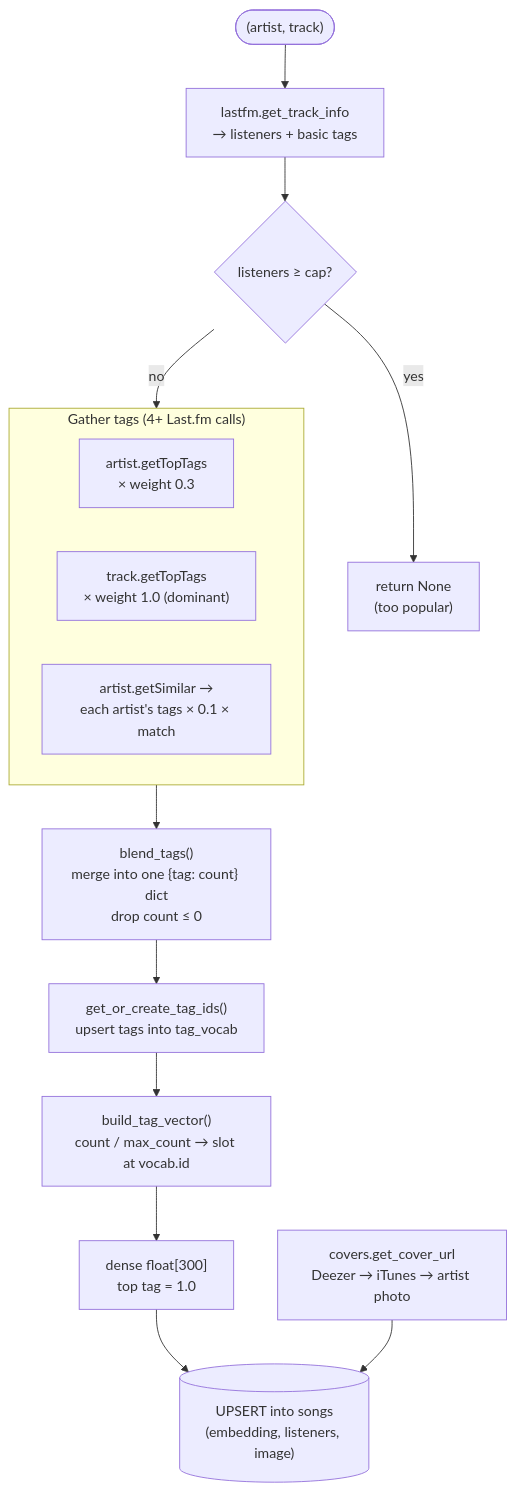
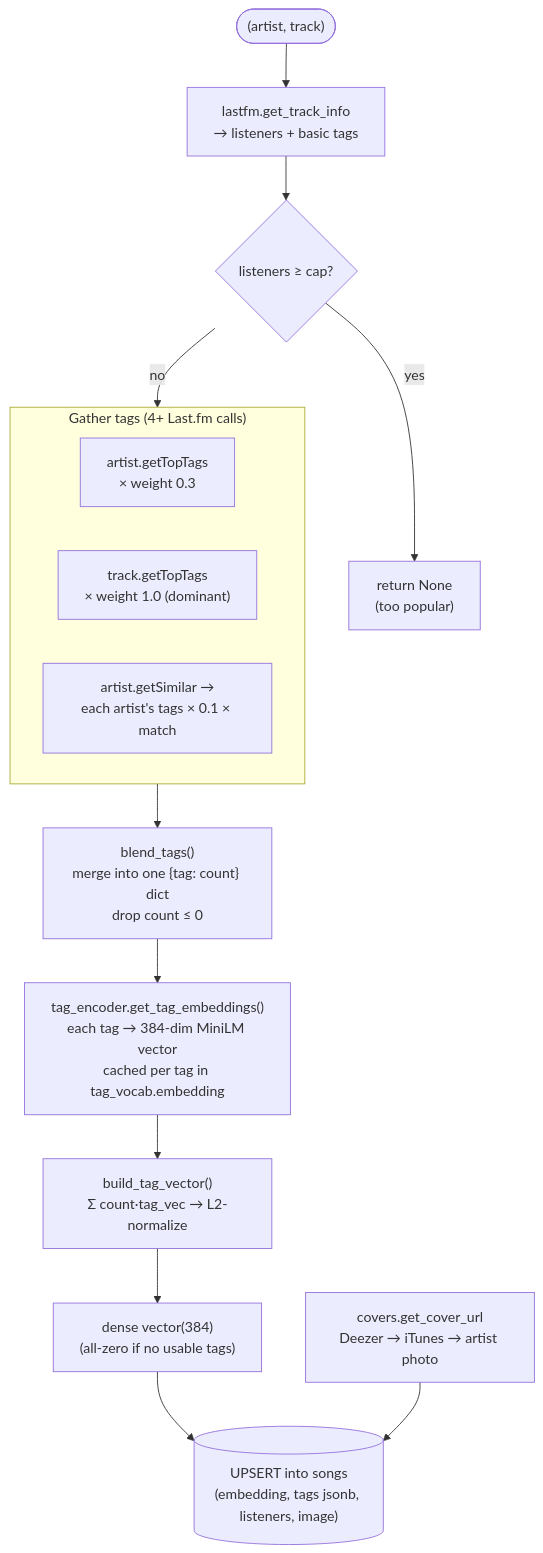
Before and after one commit to pedro-boudoux/pyo: the third of 13 diagrams in ARCHITECTURE.md, drawn with Mermaid. The commit also changed other lines of this file and 2 other files, not shown here.

````diff
--- a/ARCHITECTURE.md
+++ b/ARCHITECTURE.md
@@ -147,20 +168,20 @@
 ```mermaid
 flowchart TD
     start(["(artist, track)"]) --> info["lastfm.get_track_info<br/>→ listeners + basic tags"]
     info --> cap{"listeners ≥ cap?"}
     cap -->|yes| drop["return None<br/>(too popular)"]
     cap -->|no| tags
 
     subgraph tags["Gather tags (4+ Last.fm calls)"]
         a["artist.getTopTags<br/>× weight 0.3"]
         t["track.getTopTags<br/>× weight 1.0 (dominant)"]
         sim["artist.getSimilar →<br/>each artist's tags × 0.1 × match"]
     end
 
     tags --> blend["blend_tags()<br/>merge into one {tag: count} dict<br/>drop count ≤ 0"]
-    blend --> vocab["get_or_create_tag_ids()<br/>upsert tags into tag_vocab"]
-    vocab --> build["build_tag_vector()<br/>count / max_count → slot at vocab.id"]
-    build --> norm["dense float[300]<br/>top tag = 1.0"]
-    norm --> store[("UPSERT into songs<br/>(embedding, listeners, image)")]
+    blend --> enc["tag_encoder.get_tag_embeddings()<br/>each tag → 384-dim MiniLM vector<br/>cached per tag in tag_vocab.embedding"]
+    enc --> build["build_tag_vector()<br/>Σ count·tag_vec → L2-normalize"]
+    build --> norm["dense vector(384)<br/>(all-zero if no usable tags)"]
+    norm --> store[("UPSERT into songs<br/>(embedding, tags jsonb, listeners, image)")]
     cover["covers.get_cover_url<br/>Deezer → iTunes → artist photo"] --> store
 ```
````
